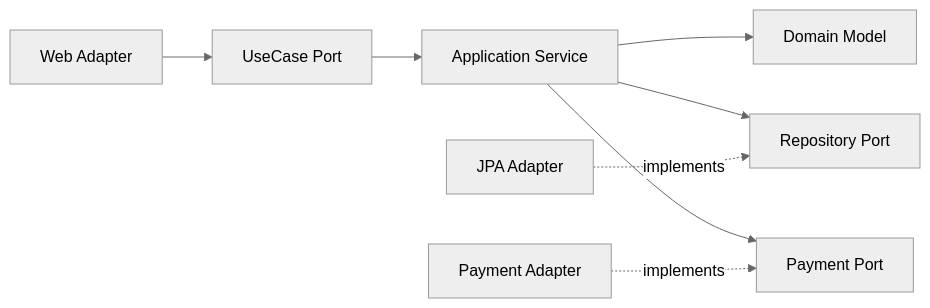
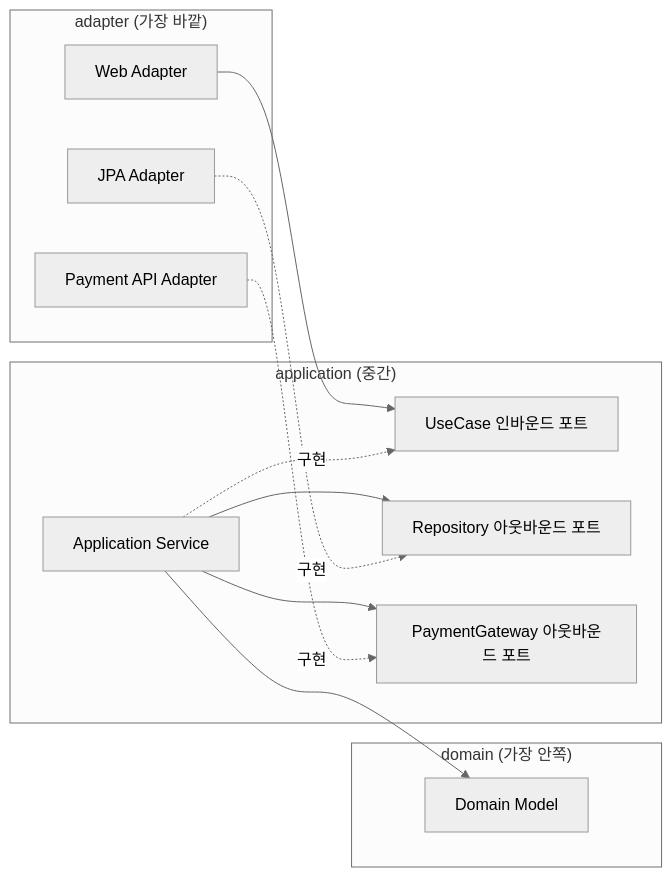
Before and after one commit to GYUTORY/YGSTUDY: the second of 6 diagrams in Develop/Architecture/Backend_Layout.md, drawn with Mermaid (neutral theme). The commit also changed other lines of this file, not shown here.

````diff
--- a/Develop/Architecture/Backend_Layout.md
+++ b/Develop/Architecture/Backend_Layout.md
@@ -166,10 +194,24 @@
 ```mermaid
 flowchart LR
-    Web[Web Adapter] --> UC[UseCase Port]
-    UC --> Service[Application Service]
-    Service --> Domain[Domain Model]
-    Service --> RepoPort[Repository Port]
-    Service --> PayPort[Payment Port]
-    JpaAdapter[JPA Adapter] -.implements.-> RepoPort
-    PayAdapter[Payment Adapter] -.implements.-> PayPort
+    subgraph outer["adapter (가장 바깥)"]
+        Web["Web Adapter"]
+        Jpa["JPA Adapter"]
+        PayAdapter["Payment API Adapter"]
+    end
+    subgraph app["application (중간)"]
+        UC["UseCase 인바운드 포트"]
+        Service["Application Service"]
+        RepoPort["Repository 아웃바운드 포트"]
+        PayPort["PaymentGateway 아웃바운드 포트"]
+    end
+    subgraph core["domain (가장 안쪽)"]
+        Domain["Domain Model"]
+    end
+    Web --> UC
+    Service -.->|"구현"| UC
+    Service --> Domain
+    Service --> RepoPort
+    Service --> PayPort
+    Jpa -.->|"구현"| RepoPort
+    PayAdapter -.->|"구현"| PayPort
 ```
````
